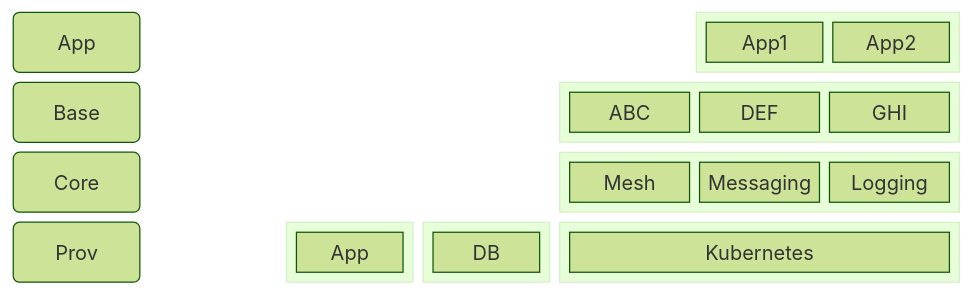
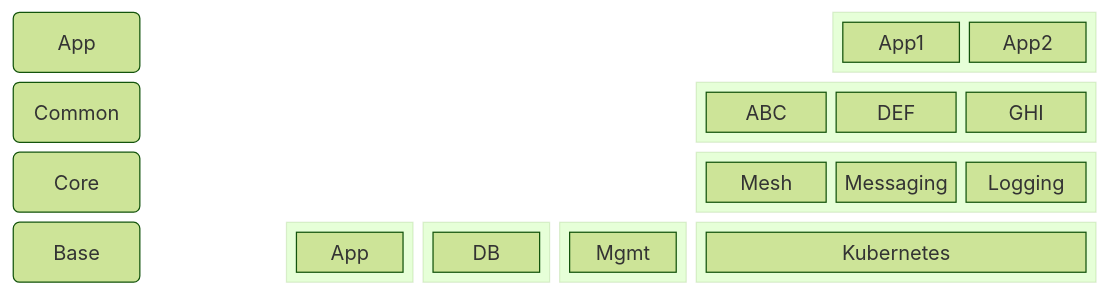
Before and after one commit to joefago/public-share: the diagram in layers.md, drawn with Mermaid (forest theme). The commit also changed 2 other files, not shown here.

Commit message:
update arch 4

````diff
--- a/layers.md
+++ b/layers.md
@@ -3,35 +3,37 @@
 ```mermaid
 block-beta
-columns 7
-
+columns 8
     appr1c1("App") 
-    space:4 
+    space:5 
     block:appr1c5:2
         App1 
         App2
     end
 
-    baser2c1("Base") 
-    space:3
+    baser2c1("Common") 
+    space:4
     block:baser2c4:3
         ABC DEF GHI
     end
 
     corer3c1("Core") 
-    space:3
+    space:4
     block:corer3c4:3
         Mesh Messaging Logging
     end
 
-    provr4c1("Prov") 
+    provr4c1("Base") 
     space:1
     block:provr4c2:1
         App
     end
     block:provr4c3:1
         DB
     end
+    block:provr4c4:1
+        Mgmt
+    end
     block:provr3c4:3
         Kubernetes
     end
 ```
````
